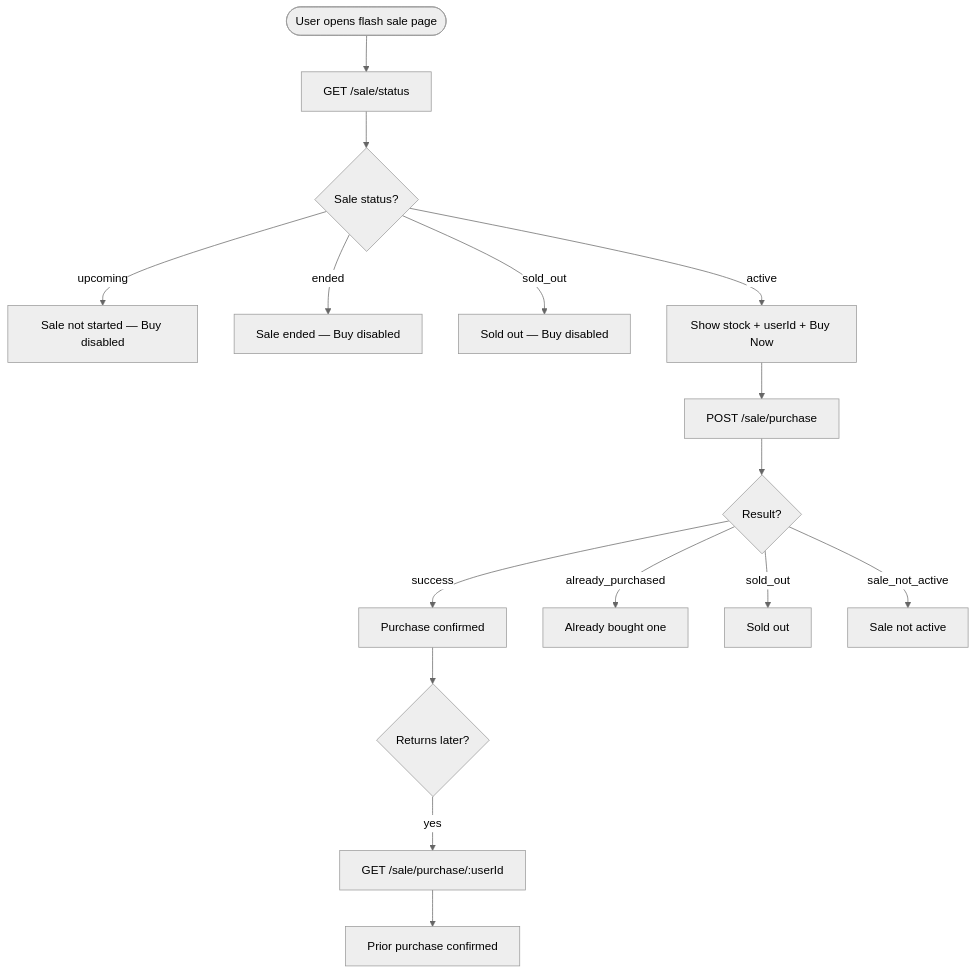
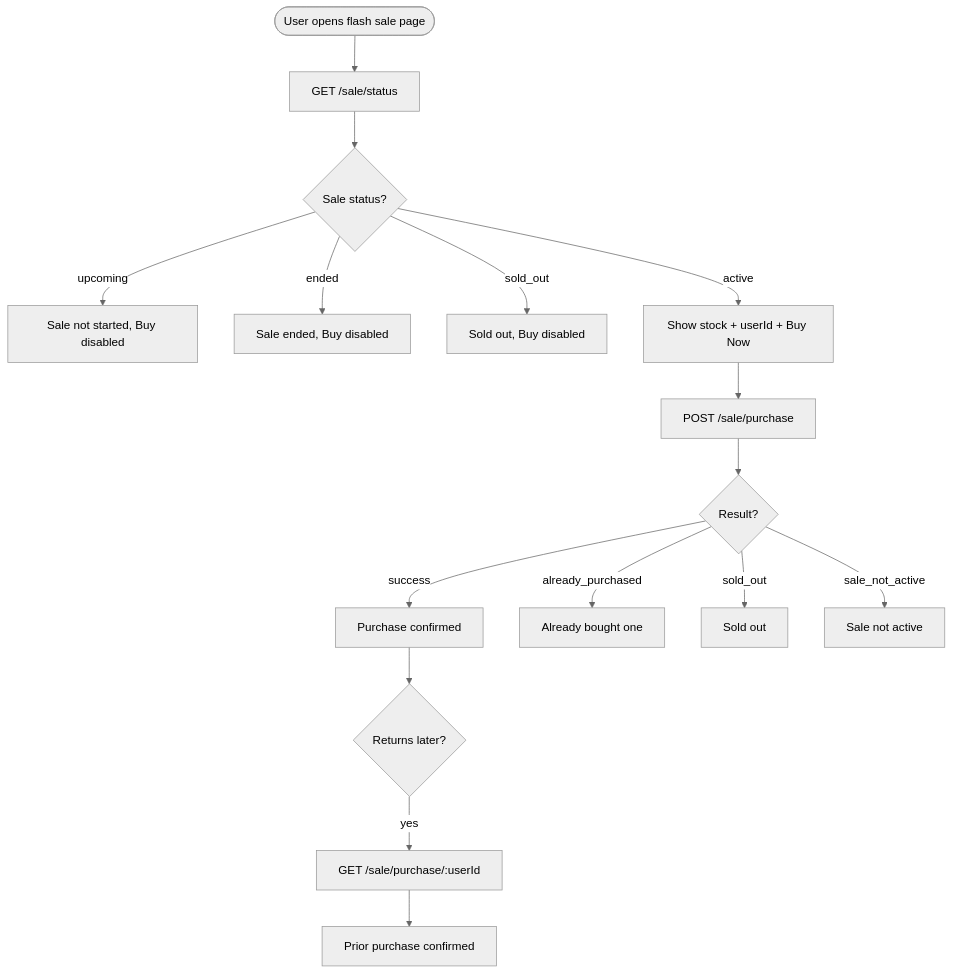
One commit to ralphcasipe1/bookipi-flash-sale changed the first of 4 diagrams in README.md. Above: the diagram before and after it, drawn with Mermaid (neutral theme). The commit also changed other lines of this file, not shown here.

````diff
--- a/README.md
+++ b/README.md
@@ -310,21 +310,21 @@
 ```mermaid
 flowchart TD
   Start([User opens flash sale page]) --> FetchStatus["GET /sale/status"]
   FetchStatus --> StatusCheck{Sale status?}
 
-  StatusCheck -->|upcoming| UpcomingUI["Sale not started — Buy disabled"]
-  StatusCheck -->|ended| EndedUI["Sale ended — Buy disabled"]
-  StatusCheck -->|sold_out| SoldOutUI["Sold out — Buy disabled"]
+  StatusCheck -->|upcoming| UpcomingUI["Sale not started, Buy disabled"]
+  StatusCheck -->|ended| EndedUI["Sale ended, Buy disabled"]
+  StatusCheck -->|sold_out| SoldOutUI["Sold out, Buy disabled"]
   StatusCheck -->|active| ActiveUI["Show stock + userId + Buy Now"]
 
   ActiveUI --> ClickBuy["POST /sale/purchase"]
   ClickBuy --> PurchaseResult{Result?}
   PurchaseResult -->|success| SuccessUI["Purchase confirmed"]
   PurchaseResult -->|already_purchased| AlreadyUI["Already bought one"]
   PurchaseResult -->|sold_out| SoldOutAttempt["Sold out"]
   PurchaseResult -->|sale_not_active| NotActiveUI["Sale not active"]
 
   SuccessUI --> ReturnVisit{Returns later?}
   ReturnVisit -->|yes| CheckPurchase["GET /sale/purchase/:userId"]
   CheckPurchase --> ConfirmUI["Prior purchase confirmed"]
 ```
````
